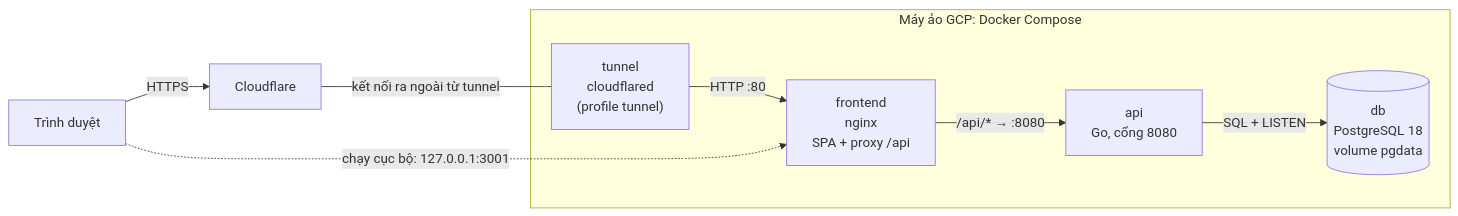
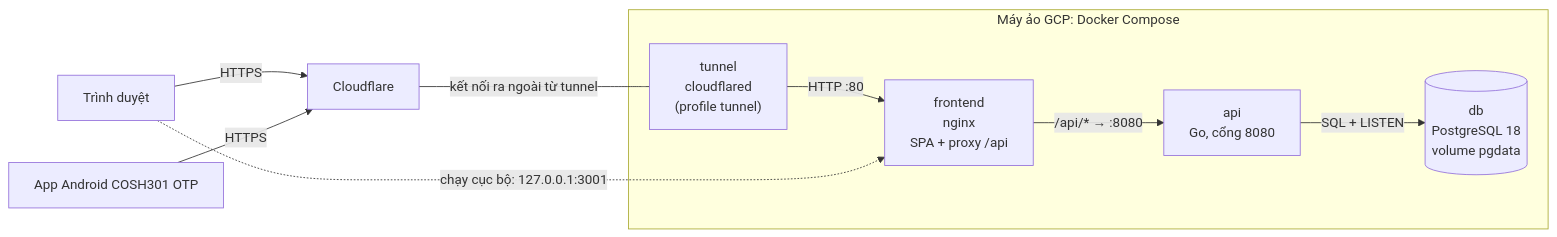
One commit to nhansp/COSH301 changed the second of 4 diagrams in docs/architecture.md. Above: the diagram before and after it, drawn with Mermaid. The commit also changed other lines of this file, not shown here.

First line of the commit message:
docs: Add a layered architecture diagram and match the V2 code

````diff
--- a/docs/architecture.md
+++ b/docs/architecture.md
@@ -31,19 +110,21 @@
 ```mermaid
 flowchart LR
     B["Trình duyệt"]
+    P["App Android COSH301 OTP"]
     CF["Cloudflare"]
 
     subgraph Compose["Máy ảo GCP: Docker Compose"]
         T["tunnel<br/>cloudflared<br/>(profile tunnel)"]
         F["frontend<br/>nginx<br/>SPA + proxy /api"]
         A["api<br/>Go, cổng 8080"]
         D[("db<br/>PostgreSQL 18<br/>volume pgdata")]
     end
 
     B -- HTTPS --> CF
+    P -- HTTPS --> CF
     CF -- "kết nối ra ngoài từ tunnel" --- T
     T -- "HTTP :80" --> F
     B -. "chạy cục bộ: 127.0.0.1:3001" .-> F
     F -- "/api/* → :8080" --> A
     A -- "SQL + LISTEN" --> D
 ```
````
